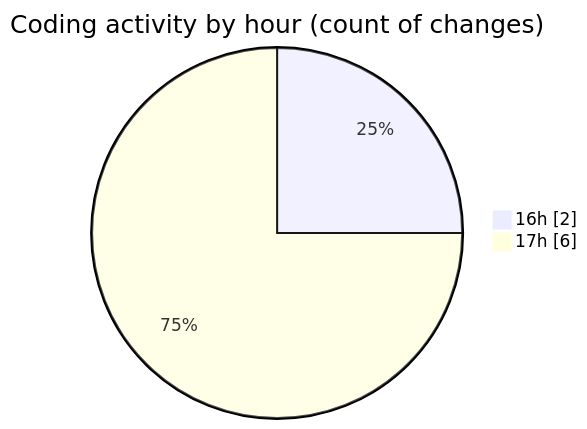
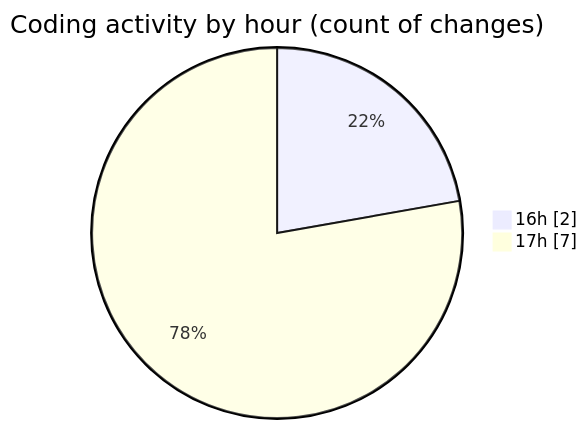
The second of 2 diagrams in 2025-01-24/react/README.md (Elitesun/code-tracking), drawn with Mermaid before and after one commit. The commit also changed other lines of this file and 1 other file, not shown here.

````diff
--- a/2025-01-24/react/README.md
+++ b/2025-01-24/react/README.md
@@ -31,6 +31,6 @@
 ```mermaid
 pie showData
 title Coding activity by hour (count of changes)
 "16h" : 2
-"17h" : 6
+"17h" : 7
 ```
````
